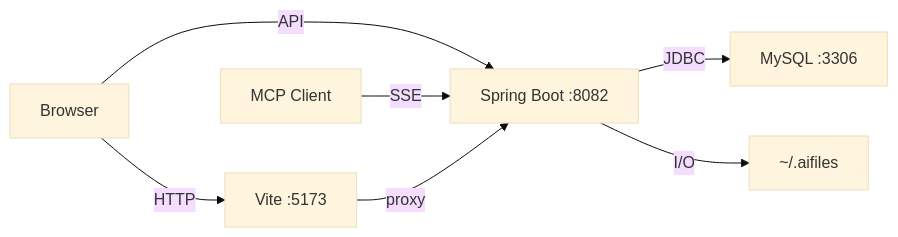
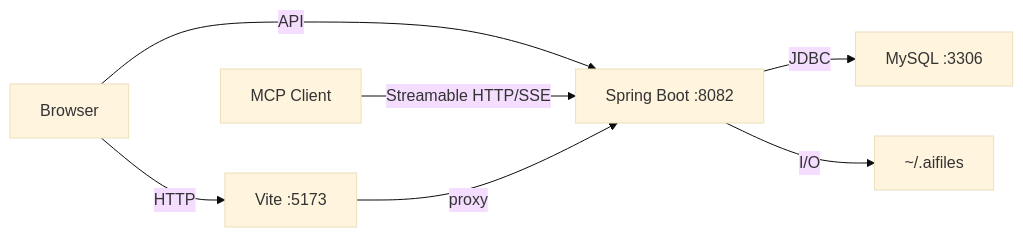
The eighth of 8 diagrams in docs/ARCHITECTURE.md (mambo-wang/CodingHub), drawn with Mermaid (base theme) before and after one commit. The commit also changed other lines of this file and 6 other files, not shown here.

````diff
--- a/docs/ARCHITECTURE.md
+++ b/docs/ARCHITECTURE.md
@@ -468,9 +468,9 @@
 ```mermaid
 flowchart LR
     Browser -->|"HTTP"| Vite["Vite :5173"]
     Browser -->|"API"| Spring["Spring Boot :8082"]
-    MCPClient["MCP Client"] -->|"SSE"| Spring
+    MCPClient["MCP Client"] -->|"Streamable HTTP/SSE"| Spring
     Vite -->|"proxy"| Spring
     Spring -->|"JDBC"| MySQL["MySQL :3306"]
     Spring -->|"I/O"| Files["~/.aifiles"]
 ```
````
